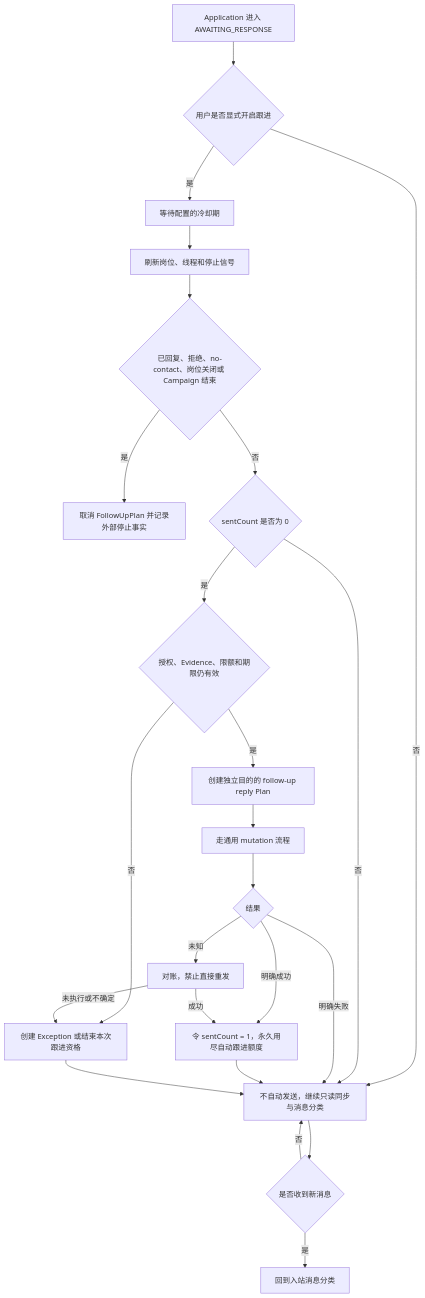
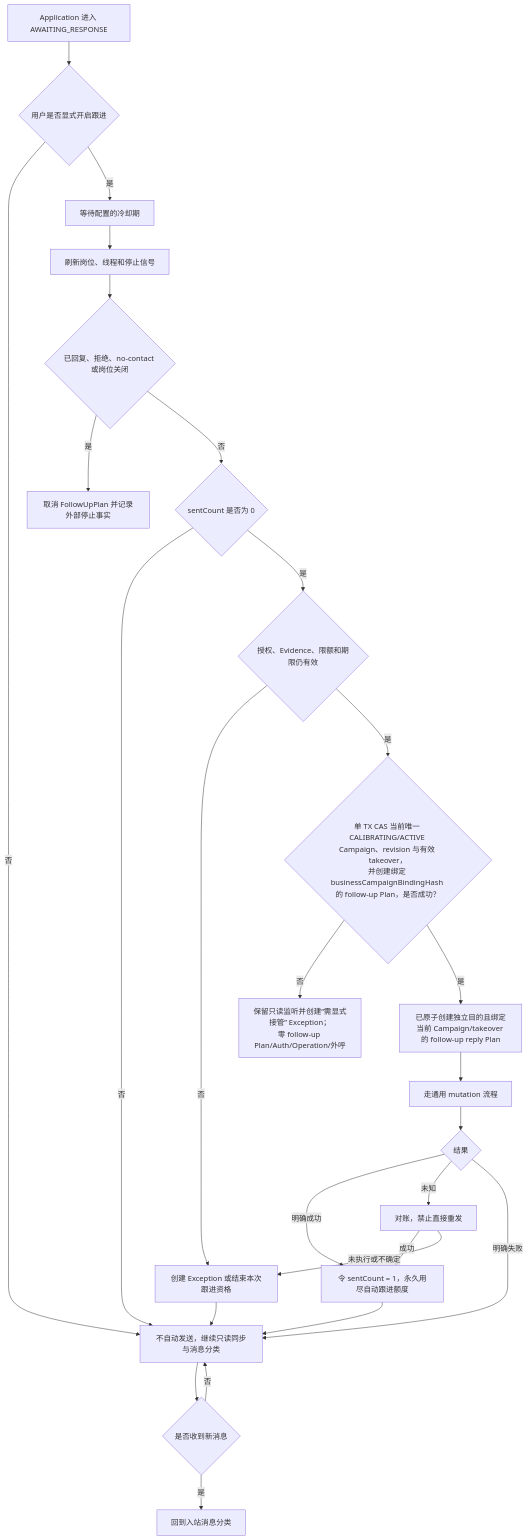
The eighth of 21 diagrams in docs/product/uml/04-activity-flows.md (AnnCYW-cm/rolefox), drawn with Mermaid before and after one commit. The commit also changed other lines of this file and 103 other files, not shown here.

````diff
--- a/docs/product/uml/04-activity-flows.md
+++ b/docs/product/uml/04-activity-flows.md
@@ -368,29 +456,31 @@
 ```mermaid
 flowchart TB
     %% @anchor FOLLOWUP_DISABLED
     %% @anchor FOLLOWUP_ONCE
     %% @anchor PASSIVE_MONITORING
     Await[Application 进入 AWAITING_RESPONSE] --> Enabled{用户是否显式开启跟进}
     Enabled -->|否| Passive[不自动发送，继续只读同步与消息分类]
     Enabled -->|是| Cooldown[等待配置的冷却期]
     Cooldown --> Refresh[刷新岗位、线程和停止信号]
-    Refresh --> Stop{已回复、拒绝、no-contact、岗位关闭或 Campaign 结束}
+    Refresh --> Stop{已回复、拒绝、no-contact 或岗位关闭}
     Stop -->|是| StopPlan[取消 FollowUpPlan 并记录外部停止事实]
     Stop -->|否| Count{sentCount 是否为 0}
     Count -->|否| Passive
     Count -->|是| Policy{授权、Evidence、限额和期限仍有效}
     Policy -->|否| Exception[创建 Exception 或结束本次跟进资格]
-    Policy -->|是| Plan[创建独立目的的 follow-up reply Plan]
+    Policy -->|是| CampaignPlanCAS{单 TX CAS 当前唯一 CALIBRATING/ACTIVE Campaign、revision 与有效 takeover，<br/>并创建绑定 businessCampaignBindingHash 的 follow-up Plan，是否成功？}
+    CampaignPlanCAS -->|否| TakeoverNeeded[保留只读监听并创建“需显式接管” Exception；<br/>零 follow-up Plan/Auth/Operation/外呼]
+    CampaignPlanCAS -->|是| Plan[已原子创建独立目的且绑定当前 Campaign/takeover 的 follow-up reply Plan]
     Plan --> Execute[走通用 mutation 流程]
     Execute --> Result{结果}
     Result -->|明确成功| Mark[令 sentCount = 1，永久用尽自动跟进额度]
     Result -->|未知| Reconcile[对账，禁止直接重发]
     Result -->|明确失败| Passive
     Reconcile -->|成功| Mark
     Reconcile -->|未执行或不确定| Exception
     Mark --> Passive
     Exception --> Passive
     Passive --> NewMessage{是否收到新消息}
     NewMessage -->|是| Classify[回到入站消息分类]
     NewMessage -->|否| Passive
 ```
````
